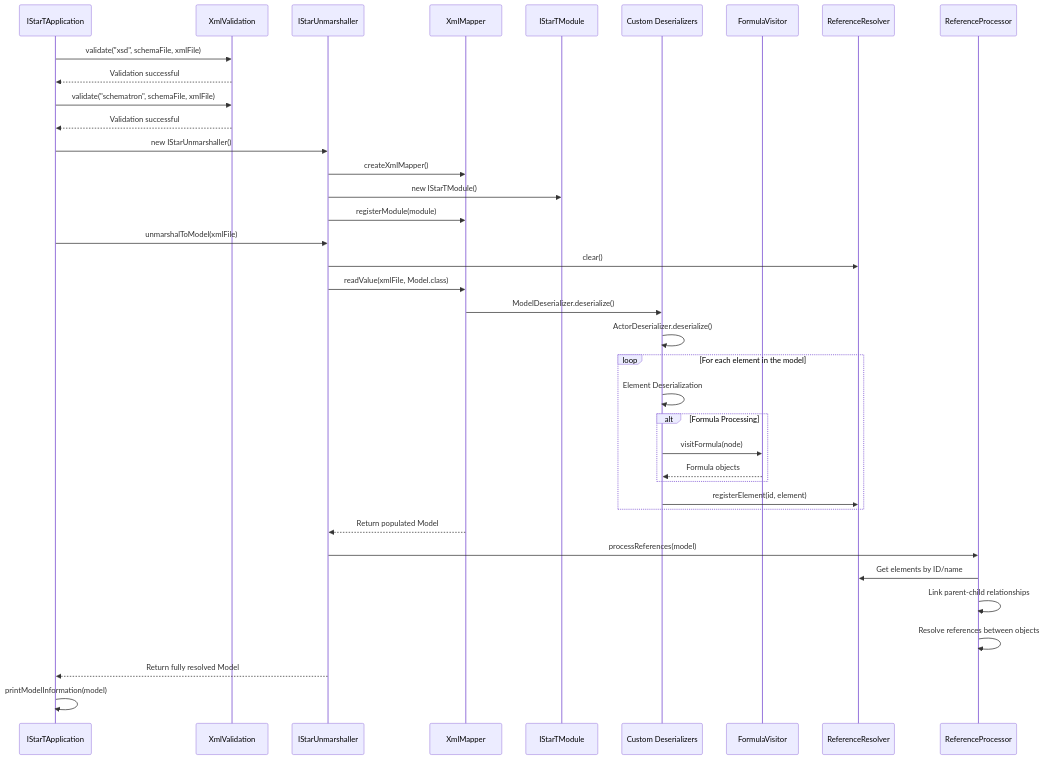
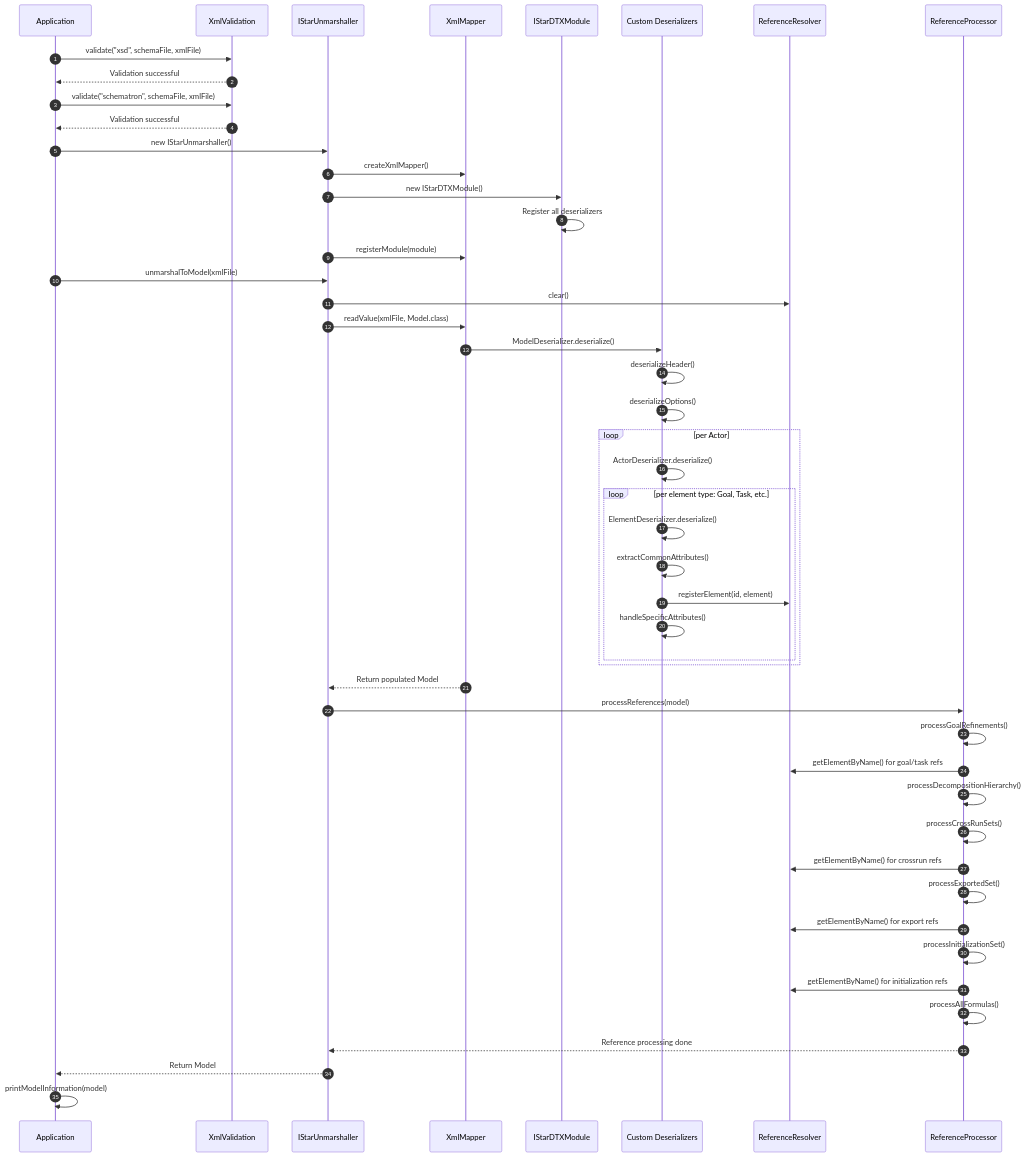
One commit to cmg-york/istardt changed the diagram in docs/sequence_diagram_deserialization_system.md. Above: the diagram before and after it, drawn with Mermaid. The commit also changed 7 other files, not shown here.

Commit message:
Modify sequence UML diagram and docs

````diff
--- a/docs/sequence_diagram_deserialization_system.md
+++ b/docs/sequence_diagram_deserialization_system.md
@@ -1,48 +1,63 @@
 ```mermaid
 sequenceDiagram
-participant App as IStarTApplication
+autonumber
+participant App as Application
 participant Val as XmlValidation
 participant Unm as IStarUnmarshaller
 participant XMap as XmlMapper
-participant Mod as IStarTModule
+participant Mod as IStarDTXModule
 participant Des as Custom Deserializers
-participant FVisit as FormulaVisitor
 participant RefRes as ReferenceResolver
 participant RefProc as ReferenceProcessor
 
     App->>Val: validate("xsd", schemaFile, xmlFile)
     Val-->>App: Validation successful
     App->>Val: validate("schematron", schemaFile, xmlFile)
     Val-->>App: Validation successful
     
     App->>Unm: new IStarUnmarshaller()
     Unm->>XMap: createXmlMapper()
-    Unm->>Mod: new IStarTModule()
+    Unm->>Mod: new IStarDTXModule()
+    Mod->>Mod: Register all deserializers
     Unm->>XMap: registerModule(module)
     
     App->>Unm: unmarshalToModel(xmlFile)
     Unm->>RefRes: clear()
     Unm->>XMap: readValue(xmlFile, Model.class)
     
     XMap->>Des: ModelDeserializer.deserialize()
-    Des->>Des: ActorDeserializer.deserialize()
+    Des->>Des: deserializeHeader()
+    Des->>Des: deserializeOptions()
     
-    loop For each element in the model
-        Des->>Des: Element Deserialization
-        alt Formula Processing
-            Des->>FVisit: visitFormula(node)
-            FVisit-->>Des: Formula objects
+    loop per Actor
+        Des->>Des: ActorDeserializer.deserialize()
+        
+        loop per element type: Goal, Task, etc.
+            Des->>Des: ElementDeserializer.deserialize()
+            Des->>Des: extractCommonAttributes()
+            Des->>RefRes: registerElement(id, element)
+            Des->>Des: handleSpecificAttributes()
         end
-        Des->>RefRes: registerElement(id, element)
     end
     
     XMap-->>Unm: Return populated Model
     
     Unm->>RefProc: processReferences(model)
-    RefProc->>RefRes: Get elements by ID/name
-    RefProc->>RefProc: Link parent-child relationships
-    RefProc->>RefProc: Resolve references between objects
     
-    Unm-->>App: Return fully resolved Model
+    RefProc->>RefProc: processGoalRefinements()
+    RefProc->>RefRes: getElementByName() for goal/task refs
+    RefProc->>RefProc: processDecompositionHierarchy()
+    RefProc->>RefProc: processCrossRunSets()
+    RefProc->>RefRes: getElementByName() for crossrun refs
+    RefProc->>RefProc: processExportedSet()
+    RefProc->>RefRes: getElementByName() for export refs
+    RefProc->>RefProc: processInitializationSet()
+    RefProc->>RefRes: getElementByName() for initialization refs
+    
+    
+    RefProc->>RefProc: processAllFormulas()
+
+    RefProc-->>Unm: Reference processing done
+    Unm-->>App: Return Model
     App->>App: printModelInformation(model)
 ```
````
